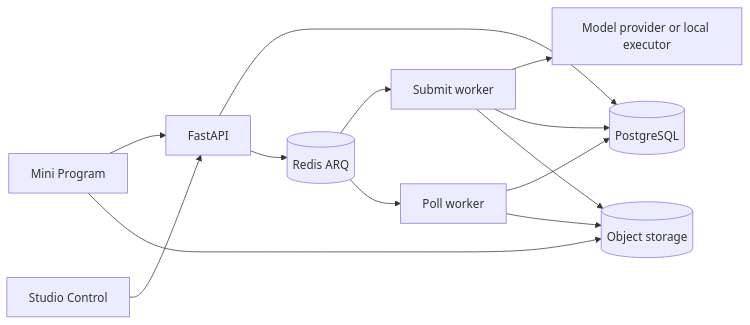
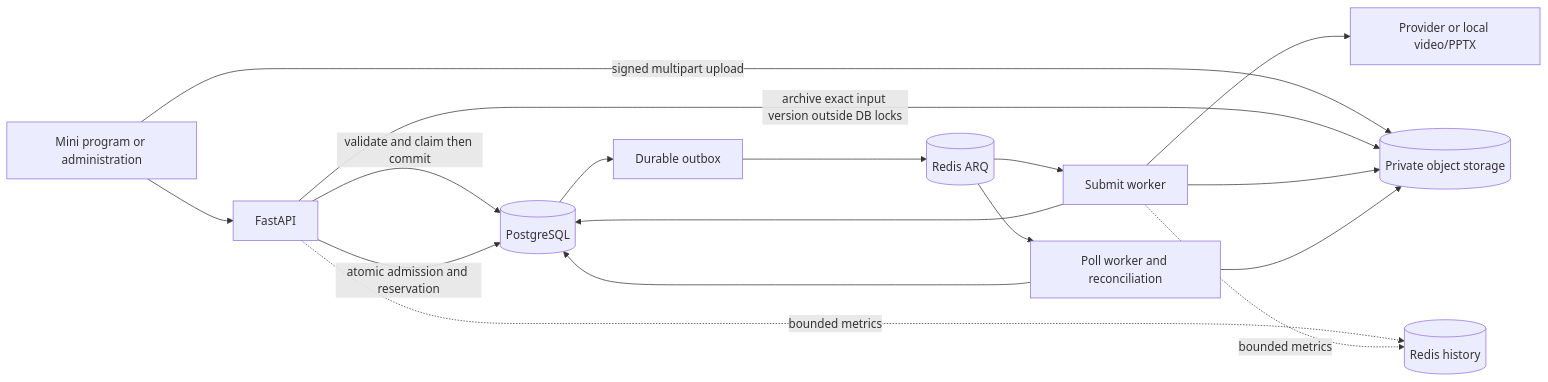
The diagram in backend/architecture.md (Orientation-CD/docs), drawn with Mermaid before and after one commit. The commit also changed other lines of this file and 187 other files, not shown here.

````diff
--- a/backend/architecture.md
+++ b/backend/architecture.md
@@ -5,15 +5,19 @@
 ```mermaid
 flowchart LR
-  Client[Mini Program] --> API[FastAPI]
-  Admin[Studio Control] --> API
-  API --> DB[(PostgreSQL)]
-  API --> Queue[(Redis ARQ)]
-  Client --> Store[(Object storage)]
-  Queue --> Submit[Submit worker]
-  Queue --> Poll[Poll worker]
-  Submit --> Provider[Model provider or local executor]
-  Submit --> DB
-  Submit --> Store
-  Poll --> DB
-  Poll --> Store
+  UI[Mini program or administration] --> API[FastAPI]
+  UI -->|signed multipart upload| S[(Private object storage)]
+  API -->|validate and claim then commit| DB[(PostgreSQL)]
+  API -->|archive exact input version outside DB locks| S
+  API -->|atomic admission and reservation| DB
+  DB --> O[Durable outbox]
+  O --> R[(Redis ARQ)]
+  R --> W[Submit worker]
+  W --> P[Provider or local video/PPTX]
+  W --> S
+  W --> DB
+  R --> C[Poll worker and reconciliation]
+  C --> DB
+  C --> S
+  API -. bounded metrics .-> H[(Redis history)]
+  W -. bounded metrics .-> H
 ```
````
